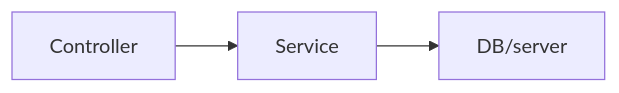
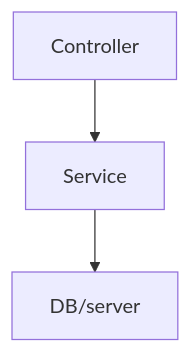
Before and after one commit to IricBing/note: the diagram in NodeJS/运维/CPU占用过高/README.md, drawn with Mermaid.

Commit message:
修复mermaid 笔记

````diff
--- a/NodeJS/运维/CPU占用过高/README.md
+++ b/NodeJS/运维/CPU占用过高/README.md
@@ -130,4 +130,4 @@
 ```mermaid
-graph LR;
+graph TD;
   A[Controller] --> B[Service] --> C["DB/server"];
 ```
````
